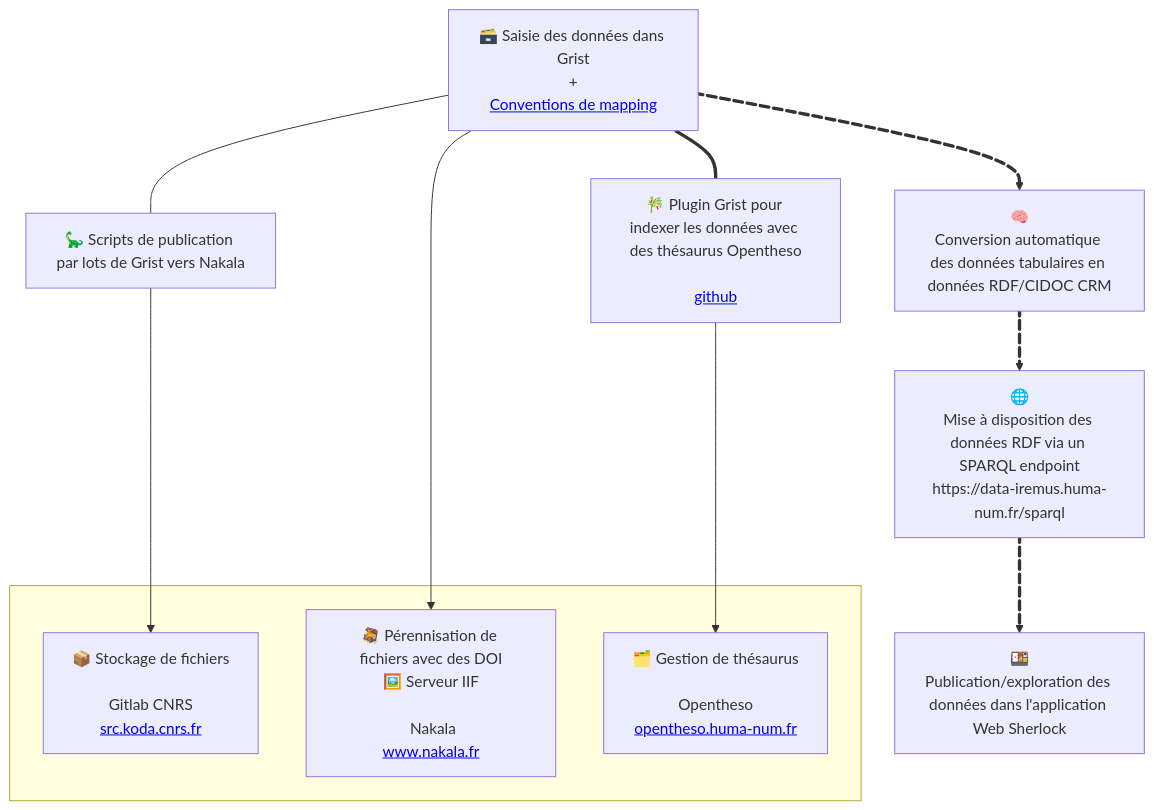
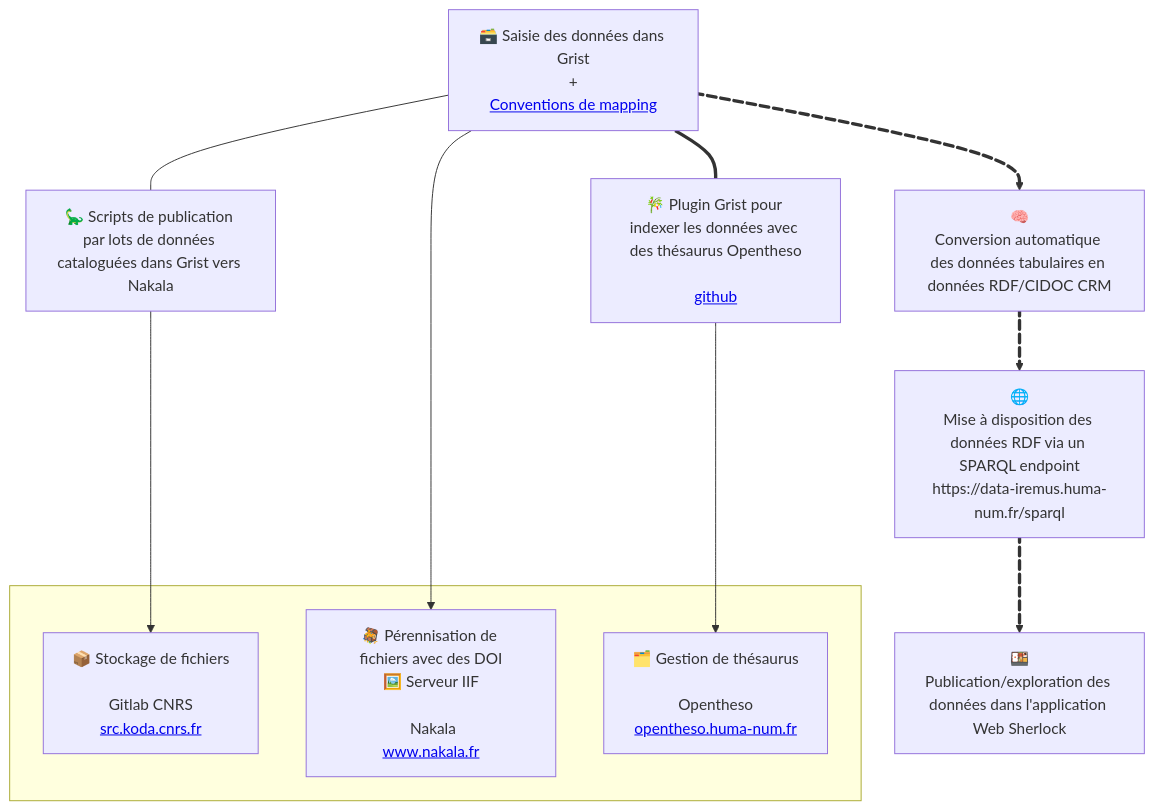
Before and after one commit to sherlock-iremus/sherlock: the diagram in README.md, drawn with Mermaid.

````diff
--- a/README.md
+++ b/README.md
@@ -48,29 +48,29 @@
 ```mermaid
     flowchart TB
     
     subgraph  
     koda[📦 Stockage de fichiers<br><br>Gitlab CNRS<br><a href="https://src.koda.cnrs.fr/">src.koda.cnrs.fr</a>]
     nakala[🪎 Pérennisation de fichiers avec des DOI<br>🖼️ Serveur IIF<br><br> Nakala<br><a href="https://www.nakala.fr/">www.nakala.fr</a>]
     hnot[🗂️ Gestion de thésaurus<br><br>Opentheso<br><a href="https://opentheso.huma-num.fr/">opentheso.huma-num.fr</a>]
     end
     
     grist[🗃️ Saisie des données dans Grist<br>+<br><a href="https://github.com/sherlock-iremus/sherlock-grist-to-crm/blob/main/doc/mapping.md">Conventions de mapping</a>]
     scripts[🧠<br>Conversion automatique des données tabulaires en données RDF/CIDOC CRM]
     sparql[🌐<br>Mise à disposition des données RDF via un SPARQL endpoint<br>https://data-iremus.huma-num.fr/sparql]
     sherlock[🍱<br>Publication/exploration des données dans l'application Web Sherlock]
     gop[🎋 Plugin Grist pour indexer les données avec des thésaurus Opentheso<br><br><a href="https://github.com/sherlock-iremus/sherlock-grist-opentheso-plugin">github</a>]
-    sdnakala[🦕 Scripts de publication par lots de Grist vers Nakala]
+    sdnakala[🦕 Scripts de publication par lots de données cataloguées dans Grist vers Nakala]
 
     grist e1@==> scripts
     scripts e2@==> sparql
     sparql e3@==> sherlock
 
 
 e1@{ animate: true }
     e2@{ animate: true }
     e3@{ animate: true }
     
     grist --- sdnakala--->koda
     grist===gop--->hnot
     grist--->nakala
 ```
````
